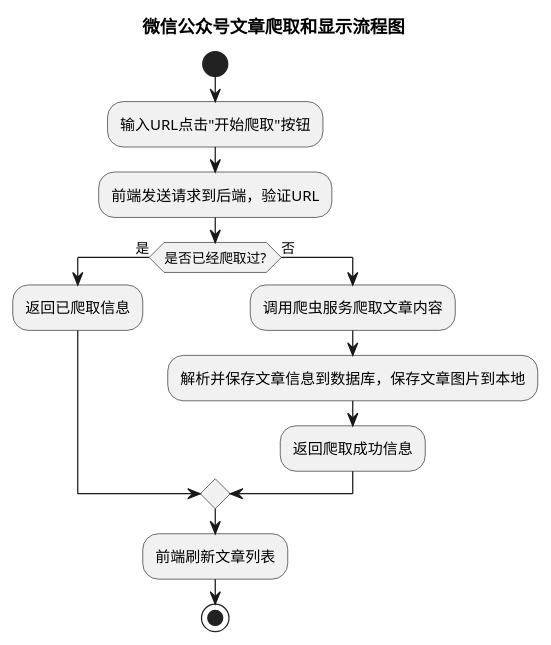
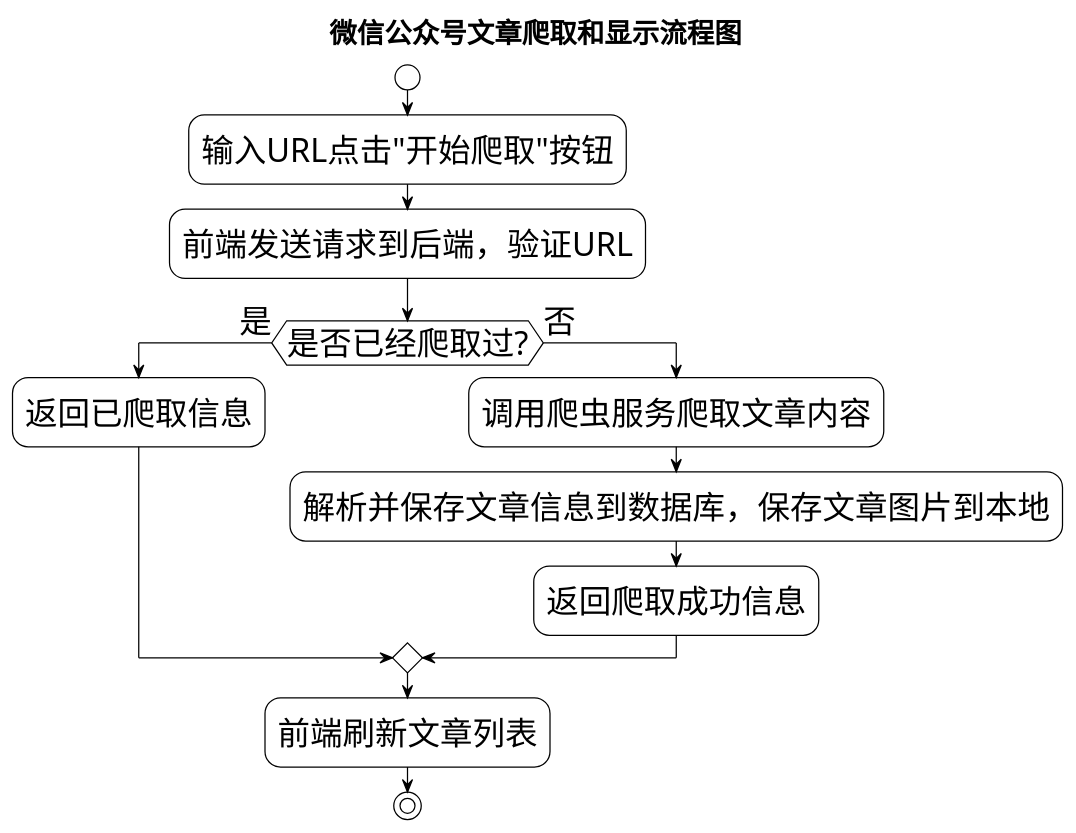
Before and after one commit to Changhuaishui/web2_7: the diagram in 设计文档/图/第三章 功能需求分析图/爬取显示流程图.puml, drawn with PlantUML. The commit also changed 1645 other files, not shown here.

```diff
--- a/设计文档/图/第三章 功能需求分析图/爬取显示流程图.puml
+++ b/设计文档/图/第三章 功能需求分析图/爬取显示流程图.puml
@@ -1,15 +1,38 @@
 @startuml
+!theme plain
+skinparam monochrome true
+skinparam defaultFontSize 26
+skinparam activity {
+  BorderColor black
+  BackgroundColor white
+}
+skinparam control {
+  BorderColor black
+  BackgroundColor white
+}
+skinparam start {
+  BorderColor black
+  BackgroundColor white
+}
+skinparam end {
+  BorderColor black
+  BackgroundColor white
+}
+skinparam arrow {
+  Color black
+}
+
 title 微信公众号文章爬取和显示流程图
 start
 :输入URL点击"开始爬取"按钮;
 :前端发送请求到后端，验证URL;
 if (是否已经爬取过?) then (是)
   :返回已爬取信息;
 else (否)
   :调用爬虫服务爬取文章内容;
   :解析并保存文章信息到数据库，保存文章图片到本地;
   :返回爬取成功信息;
 endif
 :前端刷新文章列表;
 stop
 @enduml
```
